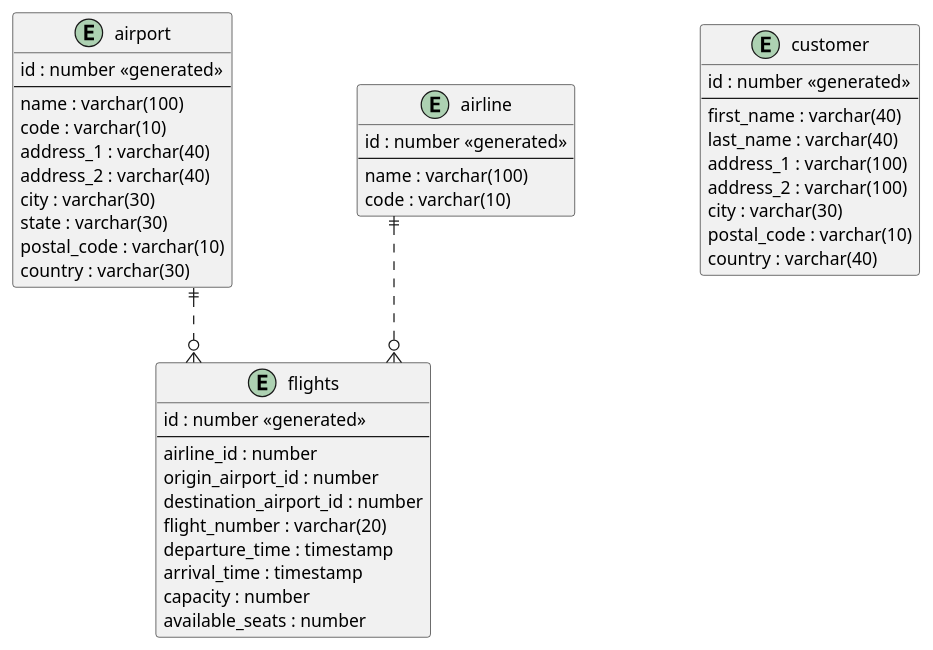
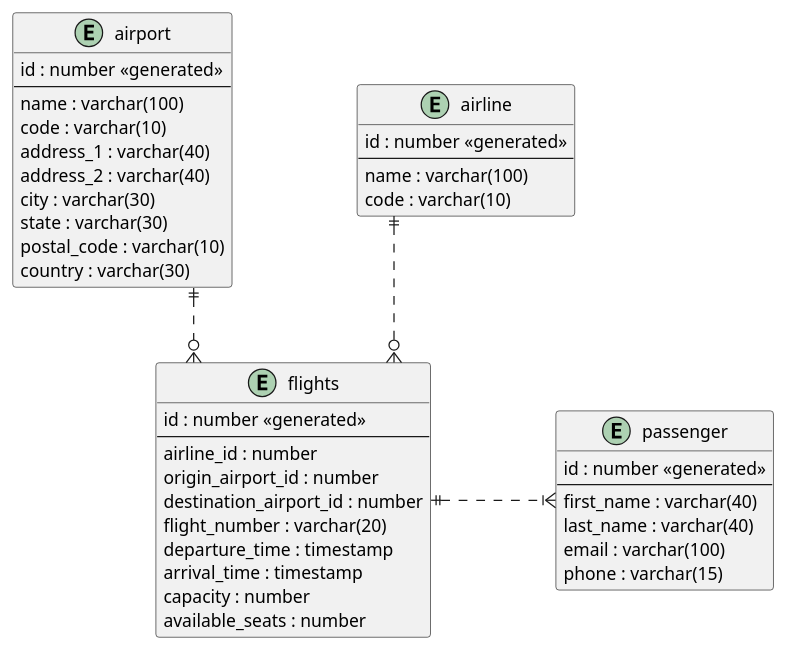
The diagram in docs/er-diagram.puml (ch88251/airport-management-system), drawn with PlantUML before and after one commit. The commit also changed 1 other file, not shown here.

Commit message:
Updated ER diagram

```diff
--- a/docs/er-diagram.puml
+++ b/docs/er-diagram.puml
@@ -1,54 +1,52 @@
 @startuml
 
 skinparam linetype ortho
 skinparam nodesep 100
 
 entity "flights" as e01 {
   id : number <<generated>>
   --
   airline_id : number
   origin_airport_id : number
   destination_airport_id : number
   flight_number : varchar(20)
   departure_time : timestamp
   arrival_time : timestamp
   capacity : number
   available_seats : number
 }
 
 entity "airline" as e02 {
   id : number <<generated>>
   --
   name : varchar(100)
   code : varchar(10)
 }
 
 entity "airport" as e03 {
   id : number <<generated>>
   --
   name : varchar(100)
   code : varchar(10)
   address_1 : varchar(40)
   address_2 : varchar(40)
   city : varchar(30)
   state : varchar(30)
   postal_code : varchar(10)
   country : varchar(30)
 }
 
-entity "customer" as e04 {
+entity "passenger" as e04 {
   id : number <<generated>>
   --
   first_name : varchar(40)
   last_name : varchar(40)
-  address_1 : varchar(100)
-  address_2 : varchar(100)
-  city : varchar(30)
-  postal_code : varchar(10)
-  country : varchar(40)
+  email : varchar(100)
+  phone : varchar(15)
 }
 
 e01 }o.up.|| e02
 e01 }o.up.|| e03
+e01 ||.right.|{ e04
 
 @enduml
```
